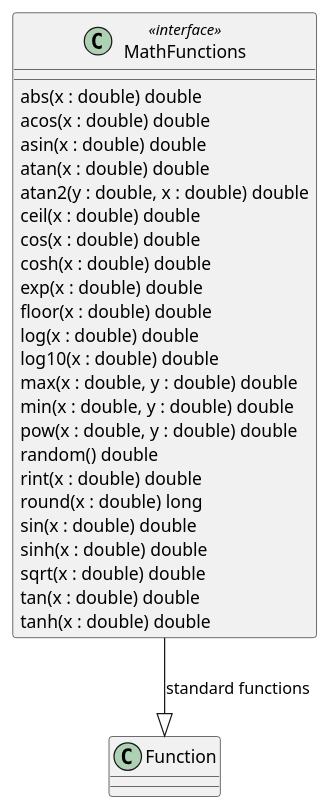
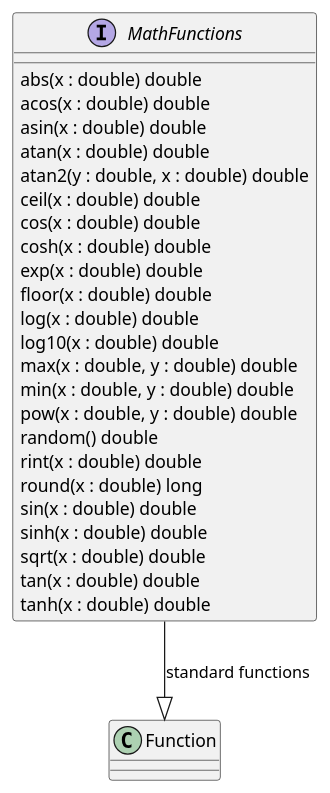
Before and after one commit to opengeospatial/styles-and-symbology: the second of 10 diagrams in core/sections/clause_18_functions.adoc, drawn with PlantUML. The commit also changed other lines of this file and 8 other files, not shown here.

Commit message:
correction to plantuml naming conventions

```diff
--- a/core/sections/clause_18_functions.adoc
+++ b/core/sections/clause_18_functions.adoc
@@ -67,28 +67,28 @@
 [plantuml, target=diagram-classes, format=png]
 ....
-class MathFunctions <<interface>>
+interface MathFunctions
 MathFunctions --|> Function : standard functions
 MathFunctions : abs(x : double) double
 MathFunctions : acos(x : double) double
 MathFunctions : asin(x : double) double
 MathFunctions : atan(x : double) double
 MathFunctions : atan2(y : double, x : double) double
 MathFunctions : ceil(x : double) double
 MathFunctions : cos(x : double) double
 MathFunctions : cosh(x : double) double
 MathFunctions : exp(x : double) double
 MathFunctions : floor(x : double) double
 MathFunctions : log(x : double) double
 MathFunctions : log10(x : double) double
 MathFunctions : max(x : double, y : double) double
 MathFunctions : min(x : double, y : double) double
 MathFunctions : pow(x : double, y : double) double
 MathFunctions : random() double
 MathFunctions : rint(x : double) double
 MathFunctions : round(x : double) long
 MathFunctions : sin(x : double) double
 MathFunctions : sinh(x : double) double
 MathFunctions : sqrt(x : double) double
 MathFunctions : tan(x : double) double
 MathFunctions : tanh(x : double) double
 ....
```
